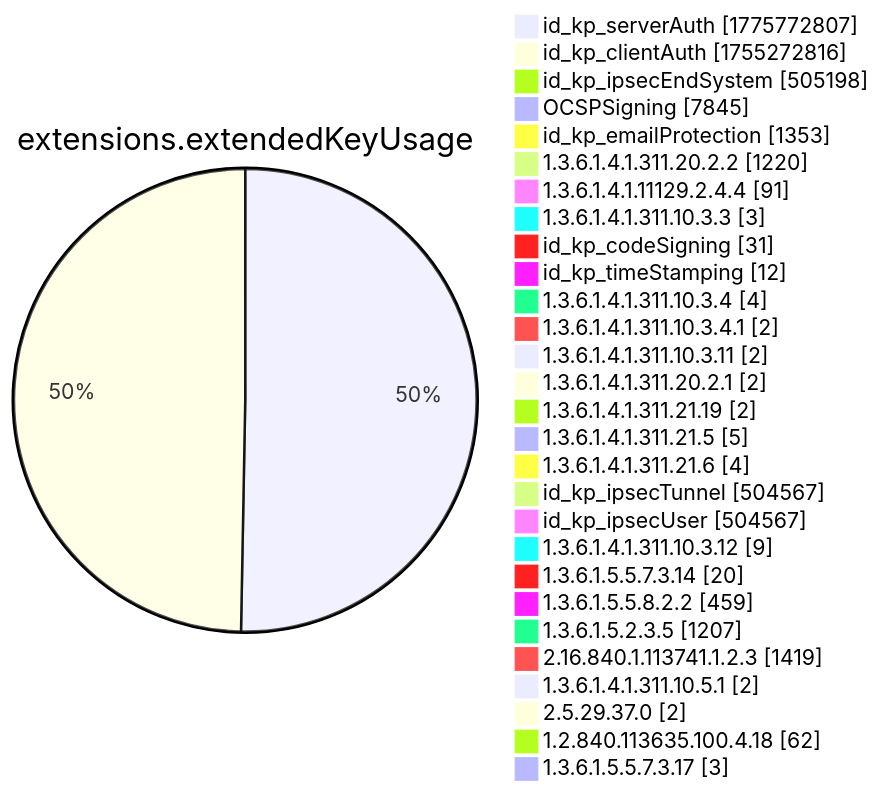
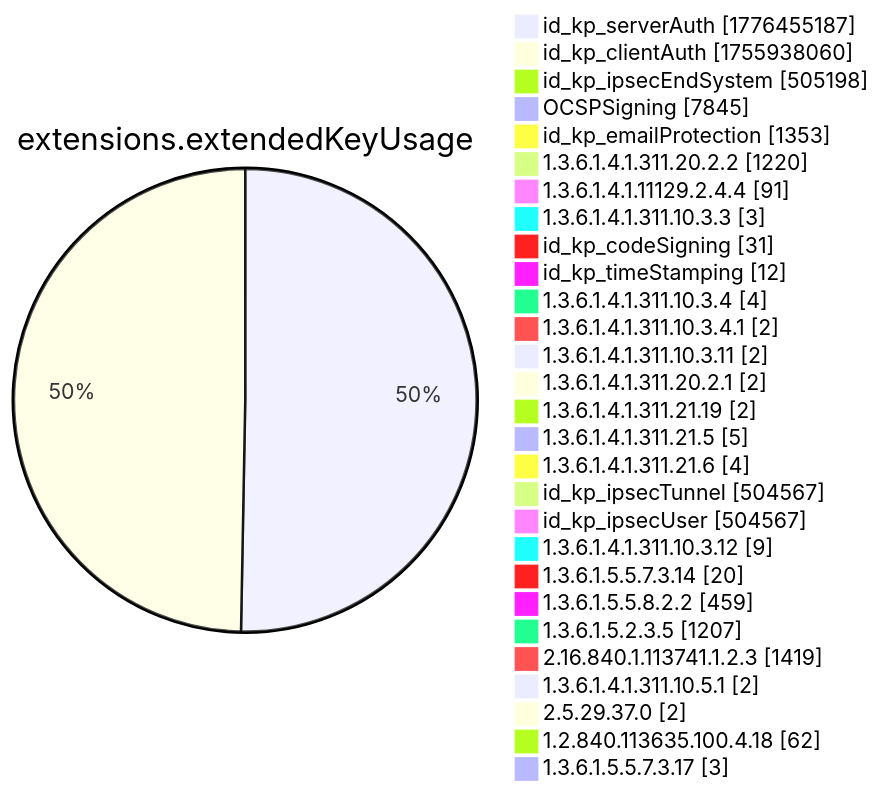
Diagram 12 of 15 in xenon2022/README.md (christiankrug/ctmonitor_visualization), drawn with Mermaid before and after one commit. The commit also changed other lines of this file, not shown here.

````diff
--- a/xenon2022/README.md
+++ b/xenon2022/README.md
@@ -3893,32 +3893,32 @@
 ```mermaid
 pie showData
 title extensions.extendedKeyUsage
-"id_kp_serverAuth" :1775772807
-"id_kp_clientAuth" :1755272816
+"id_kp_serverAuth" :1776455187
+"id_kp_clientAuth" :1755938060
 "id_kp_ipsecEndSystem" :505198
 "OCSPSigning" :7845
 "id_kp_emailProtection" :1353
 "1.3.6.1.4.1.311.20.2.2" :1220
 "1.3.6.1.4.1.11129.2.4.4" :91
 "1.3.6.1.4.1.311.10.3.3" :3
 "id_kp_codeSigning" :31
 "id_kp_timeStamping" :12
 "1.3.6.1.4.1.311.10.3.4" :4
 "1.3.6.1.4.1.311.10.3.4.1" :2
 "1.3.6.1.4.1.311.10.3.11" :2
 "1.3.6.1.4.1.311.20.2.1" :2
 "1.3.6.1.4.1.311.21.19" :2
 "1.3.6.1.4.1.311.21.5" :5
 "1.3.6.1.4.1.311.21.6" :4
 "id_kp_ipsecTunnel" :504567
 "id_kp_ipsecUser" :504567
 "1.3.6.1.4.1.311.10.3.12" :9
 "1.3.6.1.5.5.7.3.14" :20
 "1.3.6.1.5.5.8.2.2" :459
 "1.3.6.1.5.2.3.5" :1207
 "2.16.840.1.113741.1.2.3" :1419
 "1.3.6.1.4.1.311.10.5.1" :2
 "2.5.29.37.0" :2
 "1.2.840.113635.100.4.18" :62
 "1.3.6.1.5.5.7.3.17" :3
 ```
````
